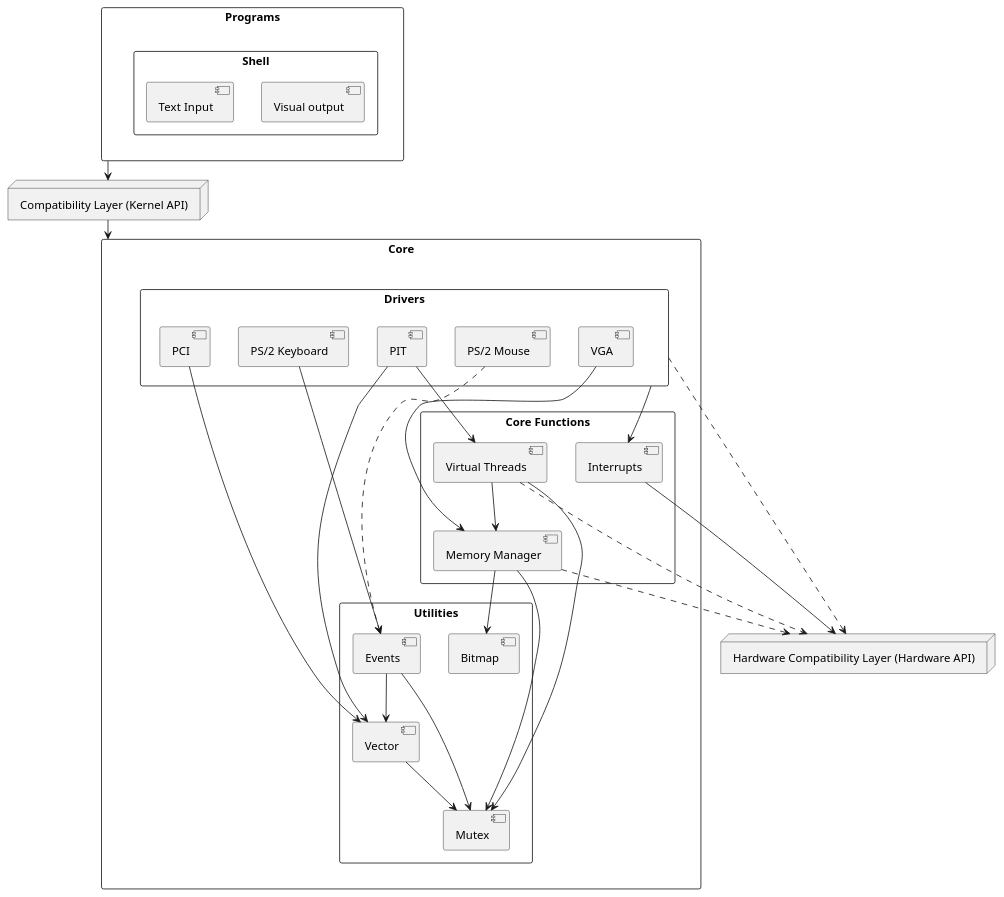
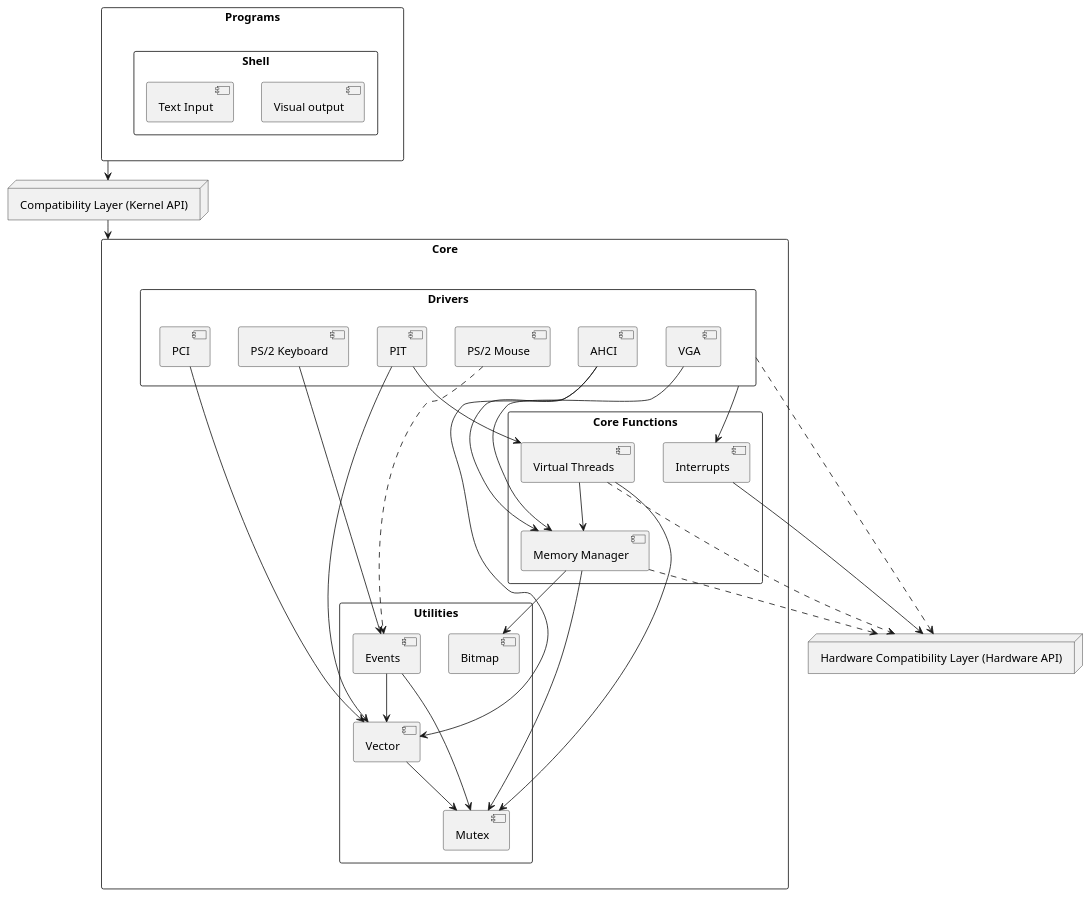
Before and after one commit to cactoes/virtual_reflections_os: the diagram in docs/diagram.puml, drawn with PlantUML.

Commit message:
updated diagram

```diff
--- a/docs/diagram.puml
+++ b/docs/diagram.puml
@@ -1,65 +1,68 @@
 @startuml kernel diagram
 
 node "Hardware Compatibility Layer (Hardware API)" as HWCL {
 }
 
 rectangle "Core" {
     rectangle "Drivers" {
         [PCI]
         [PIT]
         [VGA]
         [PS/2 Keyboard]
         [PS/2 Mouse]
+        [AHCI]
     }
 
     rectangle "Core Functions" {
         [Virtual Threads]
         [Memory Manager]
         [Interrupts]
     }
 
     rectangle "Utilities" {
         [Vector]
         [Mutex]
         [Events]
         [Bitmap]
     }
 }
 
 [Virtual Threads] --> [Mutex]
 [Virtual Threads] --> [Memory Manager]
 
 [Memory Manager] --> [Bitmap]
 [Memory Manager] --> [Mutex]
 
 [Drivers] --> [Interrupts]
 [PCI] --> [Vector]
 [PIT] --> [Vector]
 [PIT] --> [Virtual Threads]
 [VGA] --> [Memory Manager]
 [PS/2 Keyboard] --> [Events]
 [PS/2 Mouse] ..> [Events]
+[AHCI] --> [Memory Manager]
+[AHCI] --> [Vector]
 
 [Events] --> [Mutex]
 [Events] --> [Vector]
 [Vector] --> [Mutex]
 
 rectangle "Programs" {
     rectangle "Shell" {
         [Visual output]
         [Text Input]
     }
 }
 
 node "Compatibility Layer (Kernel API)" as CL {
 }
 
 Programs --> CL
 CL --> Core
 
 [Interrupts] --> HWCL
 Drivers ..> HWCL
 [Memory Manager] ..> HWCL
 [Virtual Threads] ..> HWCL
 
 @enduml
```
